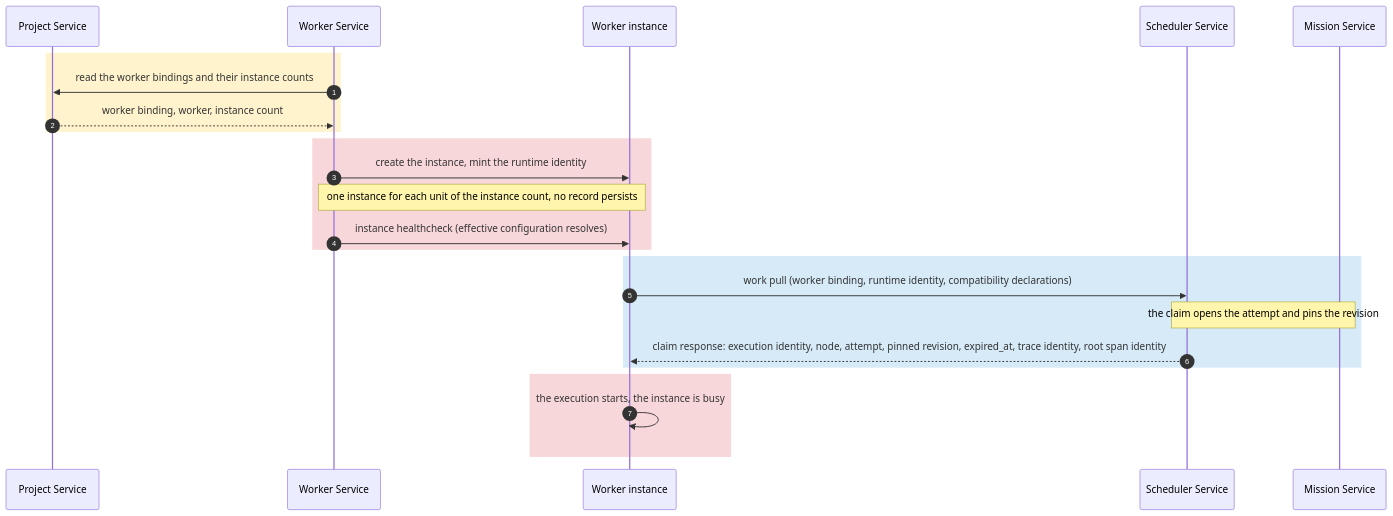
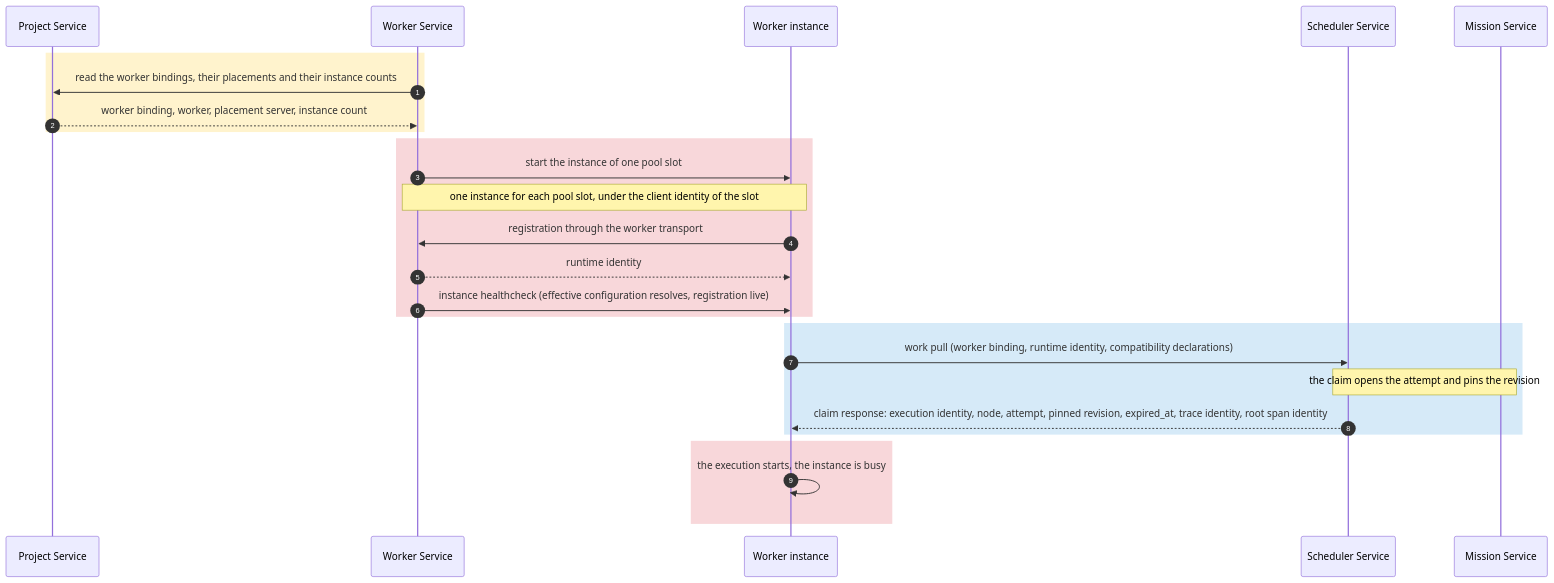
The first of 8 diagrams in docs/brainstorm/worker-service.md (kanthorlabs/kanthord), drawn with Mermaid before and after one commit. The commit also changed other lines of this file and 15 other files, not shown here.

Commit message:
docs(worker): design the server placement of a worker

````diff
--- a/docs/brainstorm/worker-service.md
+++ b/docs/brainstorm/worker-service.md
@@ -196,27 +230,29 @@
 ```mermaid
 sequenceDiagram
     autonumber
     participant P as Project Service
     participant W as Worker Service
     participant I as Worker instance
     participant S as Scheduler Service
     participant M as Mission Service
 
     rect rgb(255, 243, 205)
-        W->>P: read the worker bindings and their instance counts
-        P-->>W: worker binding, worker, instance count
+        W->>P: read the worker bindings, their placements and their instance counts
+        P-->>W: worker binding, worker, placement server, instance count
     end
     rect rgb(248, 215, 218)
-        W->>I: create the instance, mint the runtime identity
-        Note over W,I: one instance for each unit of the instance count, no record persists
-        W->>I: instance healthcheck (effective configuration resolves)
+        W->>I: start the instance of one pool slot
+        Note over W,I: one instance for each pool slot, under the client identity of the slot
+        I->>W: registration through the worker transport
+        W-->>I: runtime identity
+        W->>I: instance healthcheck (effective configuration resolves, registration live)
     end
     rect rgb(214, 234, 248)
         I->>S: work pull (worker binding, runtime identity, compatibility declarations)
         Note over S,M: the claim opens the attempt and pins the revision
         S-->>I: claim response: execution identity, node, attempt, pinned revision, expired_at, trace identity, root span identity
     end
     rect rgb(248, 215, 218)
         I->>I: the execution starts, the instance is busy
     end
 ```
````
